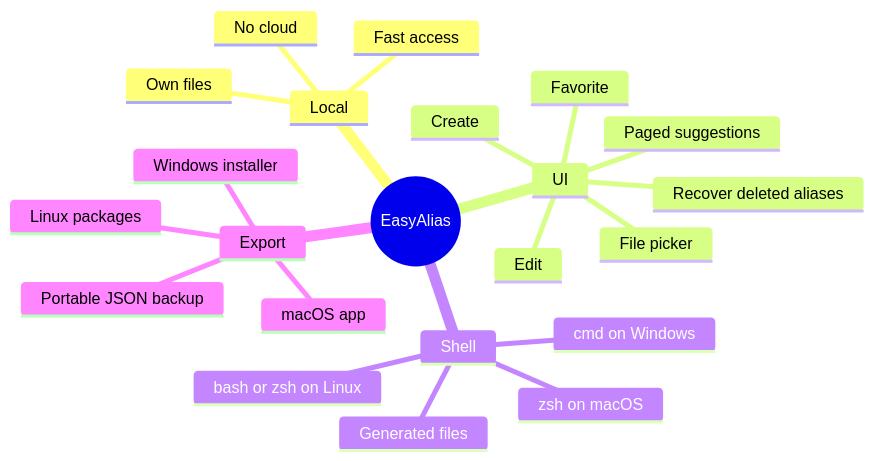
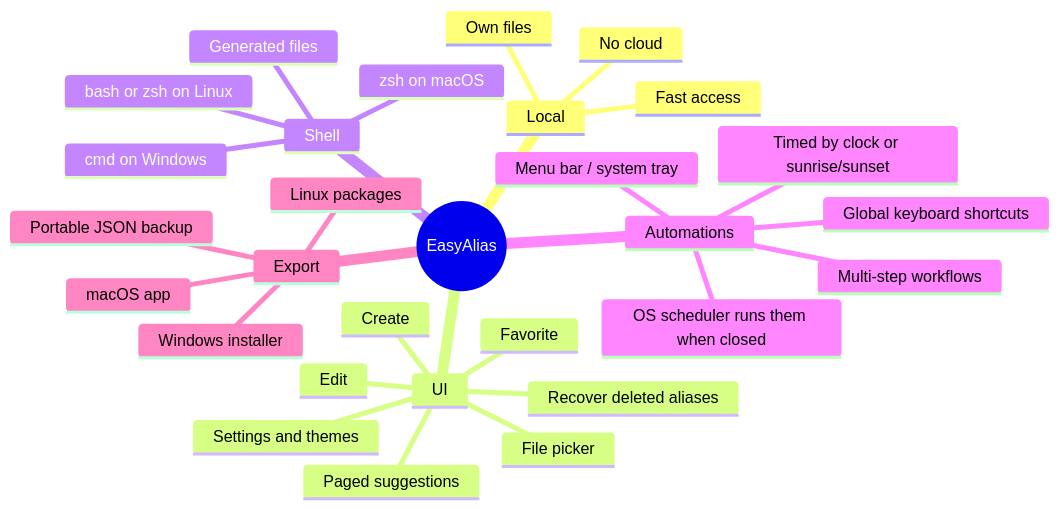
The seventh of 7 diagrams in README.md (hannesgnann-hub/easyalias), drawn with Mermaid before and after one commit. The commit also changed other lines of this file and 6 other files, not shown here.

````diff
--- a/README.md
+++ b/README.md
@@ -497,25 +555,32 @@
 ```mermaid
 mindmap
   root((EasyAlias))
     Local
       No cloud
       Own files
       Fast access
     UI
       Create
       Edit
       Favorite
       Recover deleted aliases
       File picker
       Paged suggestions
+      Settings and themes
     Shell
       zsh on macOS
       cmd on Windows
       bash or zsh on Linux
       Generated files
+    Automations
+      Multi-step workflows
+      Timed by clock or sunrise/sunset
+      OS scheduler runs them when closed
+      Global keyboard shortcuts
+      Menu bar / system tray
     Export
       Portable JSON backup
       macOS app
       Windows installer
       Linux packages
 ```
````
